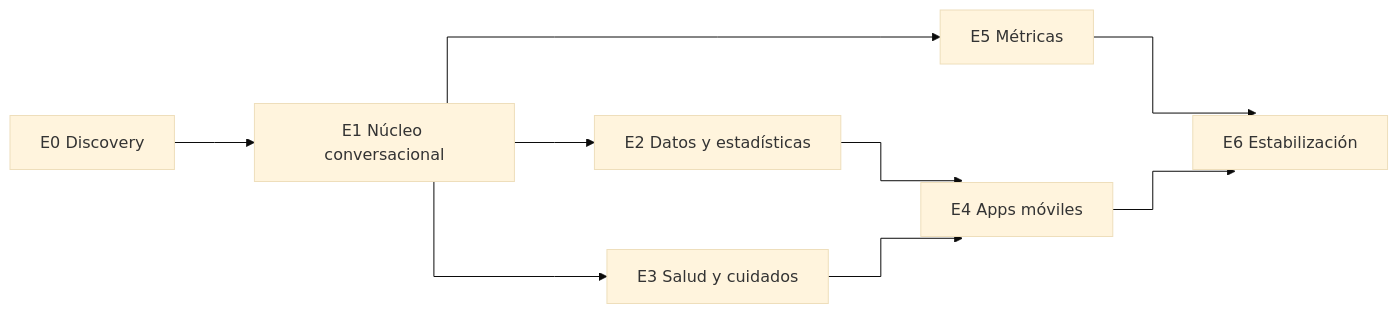
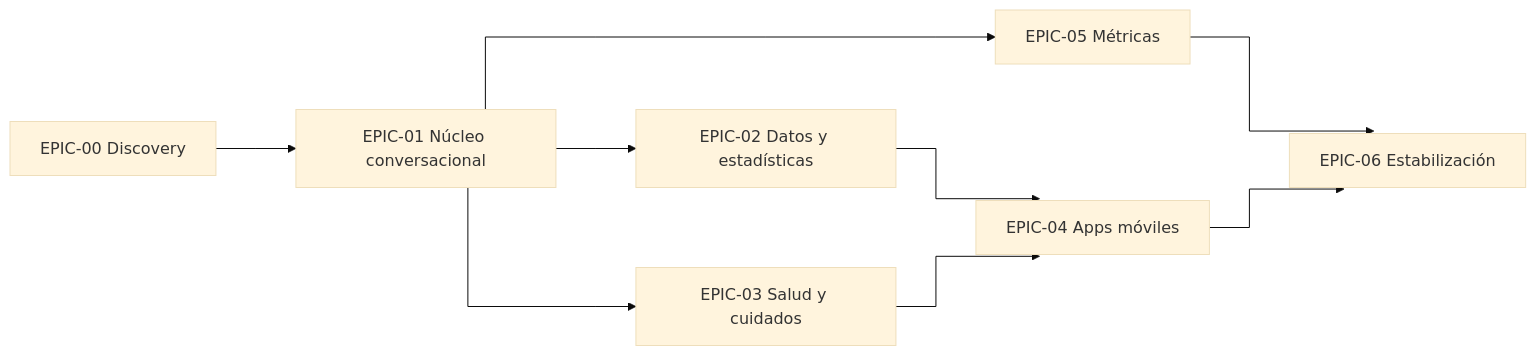
The diagram in plan/ROADMAP.md (DappyDogs/dappydogs-chatbot-api), drawn with Mermaid (base theme) before and after one commit. The commit also changed other lines of this file and 101 other files, not shown here.

Commit message:
docs: actualizar plan de acción y roadmap

````diff
--- a/plan/ROADMAP.md
+++ b/plan/ROADMAP.md
@@ -36,12 +85,12 @@
 ```mermaid
 %%{init: {"flowchart": {"curve": "stepBefore", "nodeSpacing": 80, "rankSpacing": 80}}}%%
 flowchart LR
-    E0["E0 Discovery"] --> E1["E1 Núcleo conversacional"]
-    E1 --> E2["E2 Datos y estadísticas"]
-    E1 --> E3["E3 Salud y cuidados"]
-    E1 --> E5["E5 Métricas"]
-    E2 --> E4["E4 Apps móviles"]
-    E3 --> E4
-    E5 --> E6["E6 Estabilización"]
-    E4 --> E6
+    EPIC00["EPIC-00 Discovery"] --> EPIC01["EPIC-01 Núcleo conversacional"]
+    EPIC01 --> EPIC02["EPIC-02 Datos y estadísticas"]
+    EPIC01 --> EPIC03["EPIC-03 Salud y cuidados"]
+    EPIC01 --> EPIC05["EPIC-05 Métricas"]
+    EPIC02 --> EPIC04["EPIC-04 Apps móviles"]
+    EPIC03 --> EPIC04
+    EPIC05 --> EPIC06["EPIC-06 Estabilización"]
+    EPIC04 --> EPIC06
 ```
````
